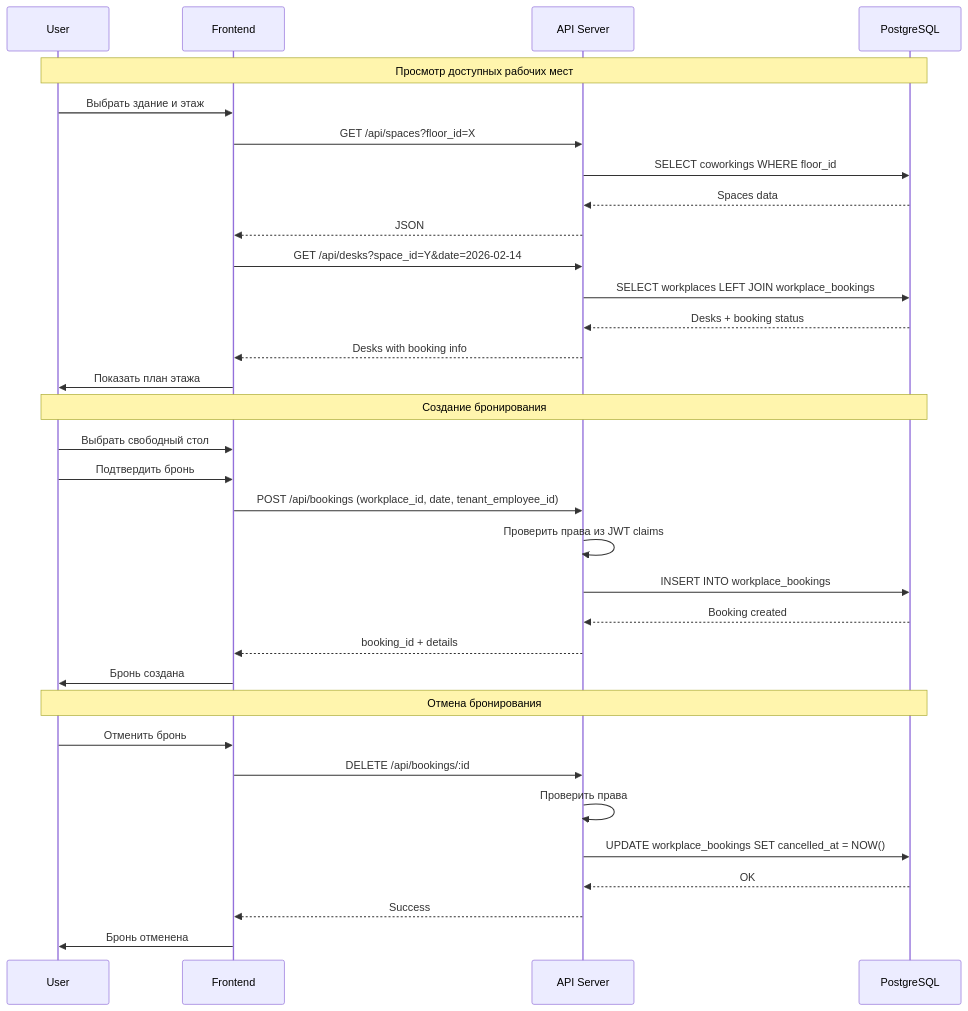
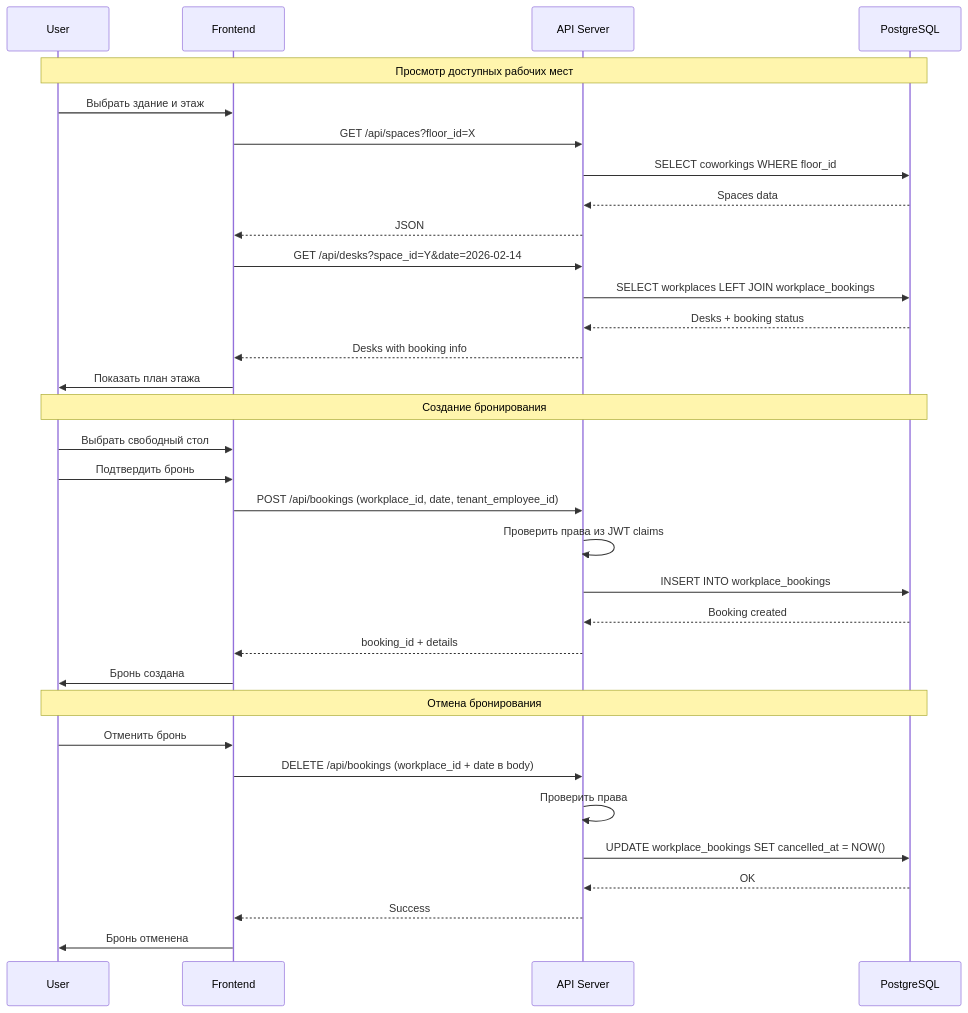
Before and after one commit to radiantbald/office-management: the seventh of 9 diagrams in DATA_FLOW_DIAGRAM.md, drawn with Mermaid. The commit also changed other lines of this file and 2 other files, not shown here.

````diff
--- a/DATA_FLOW_DIAGRAM.md
+++ b/DATA_FLOW_DIAGRAM.md
@@ -317,38 +317,38 @@
 ```mermaid
 sequenceDiagram
     participant U as User
     participant F as Frontend
     participant A as API Server
     participant DB as PostgreSQL
     
     Note over U,DB: Просмотр доступных рабочих мест
     U->>F: Выбрать здание и этаж
     F->>A: GET /api/spaces?floor_id=X
     A->>DB: SELECT coworkings WHERE floor_id
     DB-->>A: Spaces data
     A-->>F: JSON
     F->>A: GET /api/desks?space_id=Y&date=2026-02-14
     A->>DB: SELECT workplaces LEFT JOIN workplace_bookings
     DB-->>A: Desks + booking status
     A-->>F: Desks with booking info
     F->>U: Показать план этажа
     
     Note over U,DB: Создание бронирования
     U->>F: Выбрать свободный стол
     U->>F: Подтвердить бронь
     F->>A: POST /api/bookings (workplace_id, date, tenant_employee_id)
     A->>A: Проверить права из JWT claims
     A->>DB: INSERT INTO workplace_bookings
     DB-->>A: Booking created
     A-->>F: booking_id + details
     F->>U: Бронь создана
     
     Note over U,DB: Отмена бронирования
     U->>F: Отменить бронь
-    F->>A: DELETE /api/bookings/:id
+    F->>A: DELETE /api/bookings (workplace_id + date в body)
     A->>A: Проверить права
     A->>DB: UPDATE workplace_bookings SET cancelled_at = NOW()
     DB-->>A: OK
     A-->>F: Success
     F->>U: Бронь отменена
 ```
````
